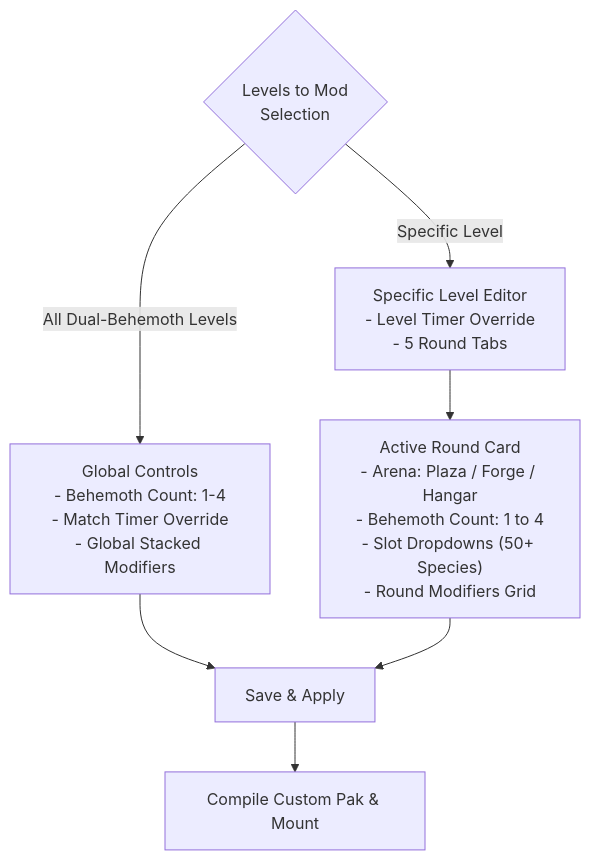
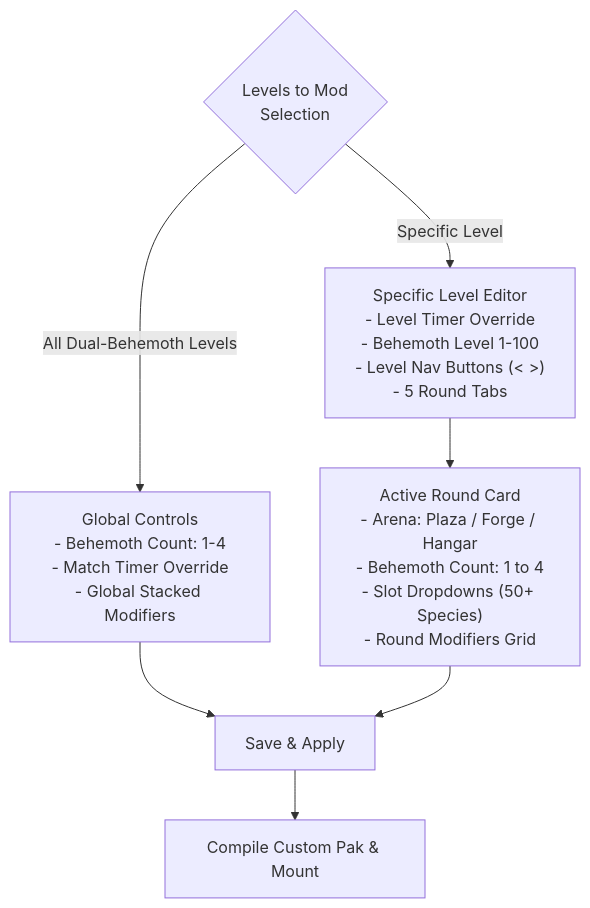
The third of 3 diagrams in docs/Gauntlet_Customizer.md (Super-EvilTeam/DauntlessForever), drawn with Mermaid before and after one commit. The commit also changed other lines of this file and 10 other files, not shown here.

````diff
--- a/docs/Gauntlet_Customizer.md
+++ b/docs/Gauntlet_Customizer.md
@@ -239,10 +313,10 @@
 ```mermaid
 flowchart TD
     SelectMode{"Levels to Mod\nSelection"}
     SelectMode -->|All Dual-Behemoth Levels| GlobalUI["Global Controls\n- Behemoth Count: 1-4\n- Match Timer Override\n- Global Stacked Modifiers"]
-    SelectMode -->|Specific Level| SpecUI["Specific Level Editor\n- Level Timer Override\n- 5 Round Tabs"]
+    SelectMode -->|Specific Level| SpecUI["Specific Level Editor\n- Level Timer Override\n- Behemoth Level 1-100\n- Level Nav Buttons (< >)\n- 5 Round Tabs"]
     SpecUI --> RoundView["Active Round Card\n- Arena: Plaza / Forge / Hangar\n- Behemoth Count: 1 to 4\n- Slot Dropdowns (50+ Species)\n- Round Modifiers Grid"]
     GlobalUI --> Save["Save & Apply"]
     RoundView --> Save
     Save --> Compile["Compile Custom Pak & Mount"]
 ```
````
